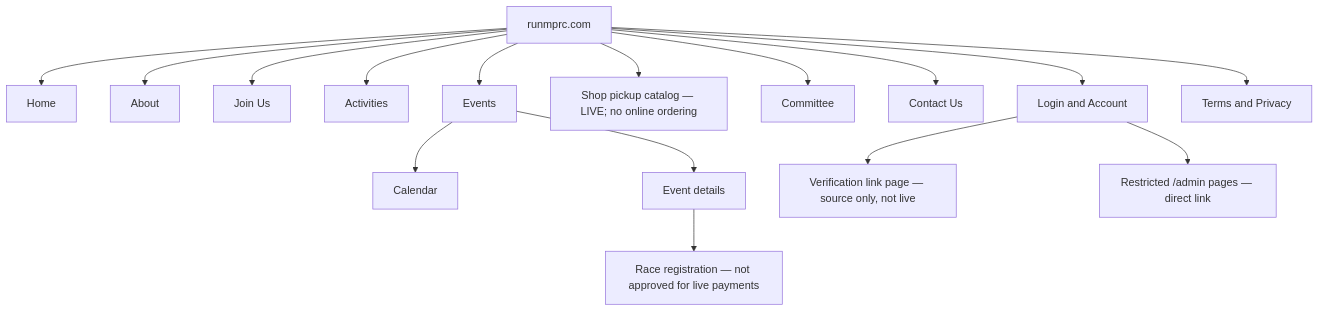
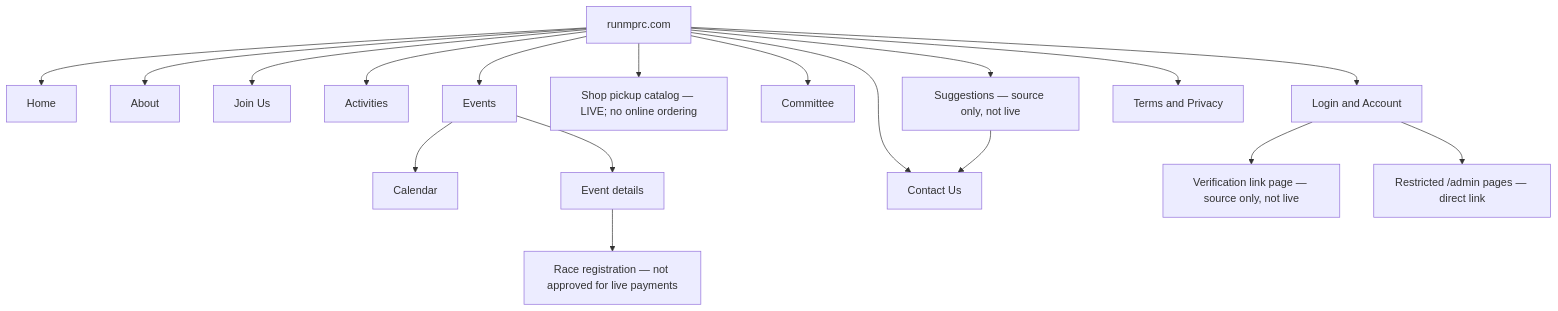
One commit to Run-MPRC/Run-MPRC.github.io changed the first of 10 diagrams in docs/officers/SYSTEM_MAPS.md. Above: the diagram before and after it, drawn with Mermaid. The commit also changed other lines of this file and 15 other files, not shown here.

````diff
--- a/docs/officers/SYSTEM_MAPS.md
+++ b/docs/officers/SYSTEM_MAPS.md
@@ -7,18 +7,20 @@
 ```mermaid
 flowchart TD
     Site["runmprc.com"] --> Home["Home"]
     Site --> About["About"]
     Site --> Join["Join Us"]
     Site --> Activities["Activities"]
     Site --> Events["Events"]
     Events --> Calendar["Calendar"]
     Events --> Event["Event details"]
     Event --> Registration["Race registration — not approved for live payments"]
     Site --> Shop["Shop pickup catalog — LIVE; no online ordering"]
     Site --> Committee["Committee"]
     Site --> Contact["Contact Us"]
+    Site --> Suggestions["Suggestions — source only, not live"]
+    Suggestions --> Contact
     Site --> Account["Login and Account"]
     Account --> AuthAction["Verification link page — source only, not live"]
     Site --> Legal["Terms and Privacy"]
     Account --> Admin["Restricted /admin pages — direct link"]
 ```
````
